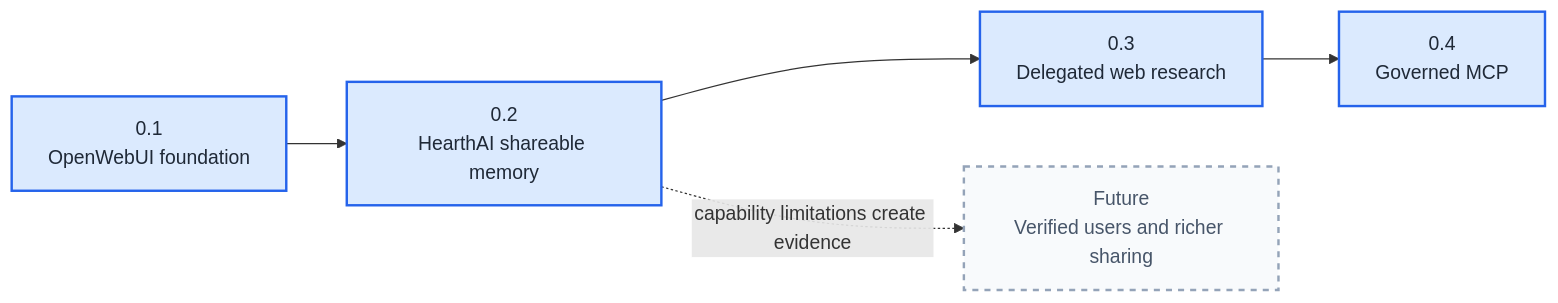
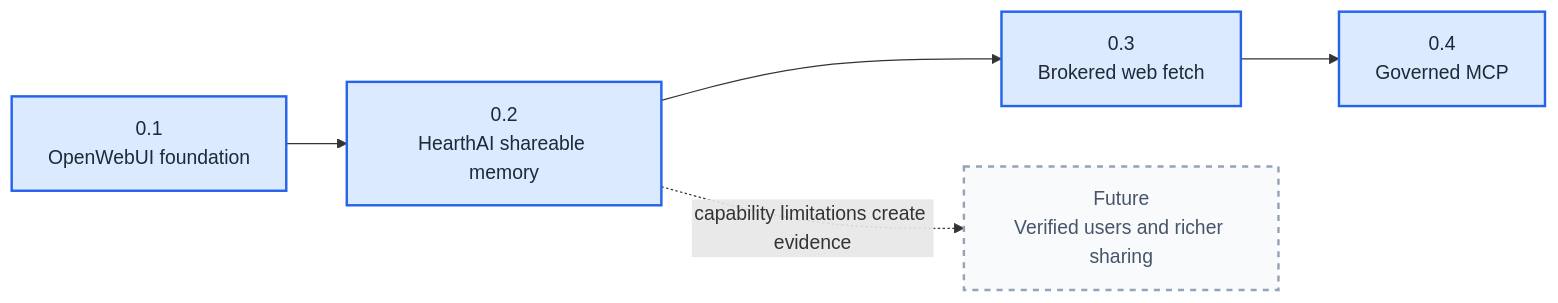
Before and after one commit to jokajak/hearthai: the second of 6 diagrams in docs/ARCHITECTURE.md, drawn with Mermaid. The commit also changed other lines of this file and 26 other files, not shown here.

First line of the commit message:
docs: replace web research with brokered web fetch

````diff
--- a/docs/ARCHITECTURE.md
+++ b/docs/ARCHITECTURE.md
@@ -138,16 +137,16 @@
 ```mermaid
 flowchart LR
     V01["0.1<br/>OpenWebUI foundation"]
     V02["0.2<br/>HearthAI shareable memory"]
-    V03["0.3<br/>Delegated web research"]
+    V03["0.3<br/>Brokered web fetch"]
     V04["0.4<br/>Governed MCP"]
     FUTURE["Future<br/>Verified users and richer sharing"]
 
     V01 --> V02 --> V03 --> V04
     V02 -. "capability limitations create evidence" .-> FUTURE
 
     classDef planned fill:#dbeafe,stroke:#2563eb,stroke-width:2px,color:#1f2937
     classDef deferred fill:#f8fafc,stroke:#94a3b8,stroke-width:2px,stroke-dasharray:5 5,color:#475569
     class V01,V02,V03,V04 planned
     class FUTURE deferred
 ```
````
